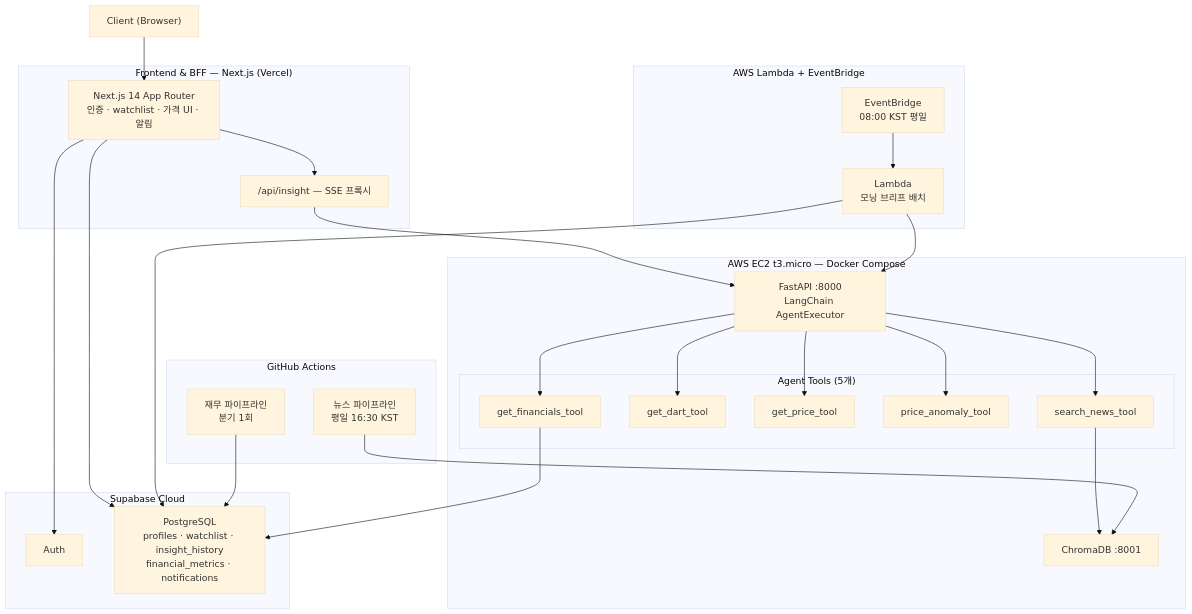
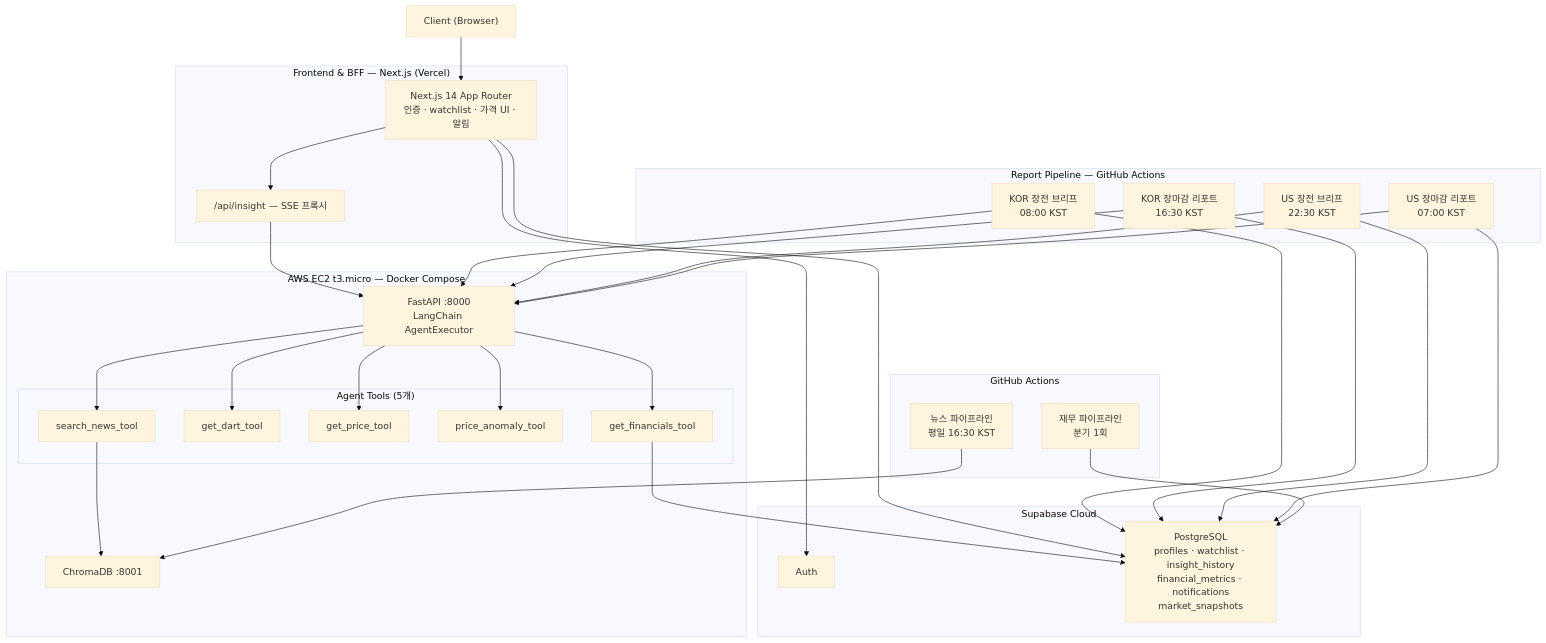
The diagram in README.md (sammy0329/finsight-ai-agent), drawn with Mermaid (base theme) before and after one commit. The commit also changed other lines of this file and 3 other files, not shown here.

````diff
--- a/README.md
+++ b/README.md
@@ -59,47 +66,48 @@
 ```mermaid
 flowchart TD
     Client["Client (Browser)"]
 
     subgraph Vercel["Frontend & BFF — Next.js (Vercel)"]
         NX["Next.js 14 App Router\n인증 · watchlist · 가격 UI · 알림"]
         APIRoute["/api/insight — SSE 프록시"]
     end
 
     subgraph Supabase["Supabase Cloud"]
         SA["Auth"]
-        SDB["PostgreSQL\nprofiles · watchlist · insight_history\nfinancial_metrics · notifications"]
+        SDB["PostgreSQL\nprofiles · watchlist · insight_history\nfinancial_metrics · notifications\nmarket_snapshots"]
     end
 
     subgraph EC2["AWS EC2 t3.micro — Docker Compose"]
         FA["FastAPI :8000\nLangChain AgentExecutor"]
         subgraph Tools["Agent Tools (5개)"]
             T1["search_news_tool"]
             T2["get_dart_tool"]
             T3["get_price_tool"]
             T4["price_anomaly_tool"]
             T5["get_financials_tool"]
         end
         Chroma["ChromaDB :8001"]
     end
 
-    subgraph Lambda["AWS Lambda + EventBridge"]
-        EB["EventBridge\n08:00 KST 평일"]
-        LF["Lambda\n모닝 브리프 배치"]
-        EB --> LF
+    subgraph ReportPipeline["Report Pipeline — GitHub Actions"]
+        R1["KOR 장전 브리프\n08:00 KST"]
+        R2["KOR 장마감 리포트\n16:30 KST"]
+        R3["US 장전 브리프\n22:30 KST"]
+        R4["US 장마감 리포트\n07:00 KST"]
     end
 
     subgraph Pipeline["GitHub Actions"]
         P1["뉴스 파이프라인\n평일 16:30 KST"]
         P2["재무 파이프라인\n분기 1회"]
     end
 
     Client --> NX
     NX --> SA & SDB & APIRoute
     APIRoute --> FA
     FA --> T1 & T2 & T3 & T4 & T5
     T1 --> Chroma
     T5 --> SDB
-    LF --> SDB & FA
+    R1 & R2 & R3 & R4 --> SDB & FA
     P1 --> Chroma
     P2 --> SDB
 ```
````
